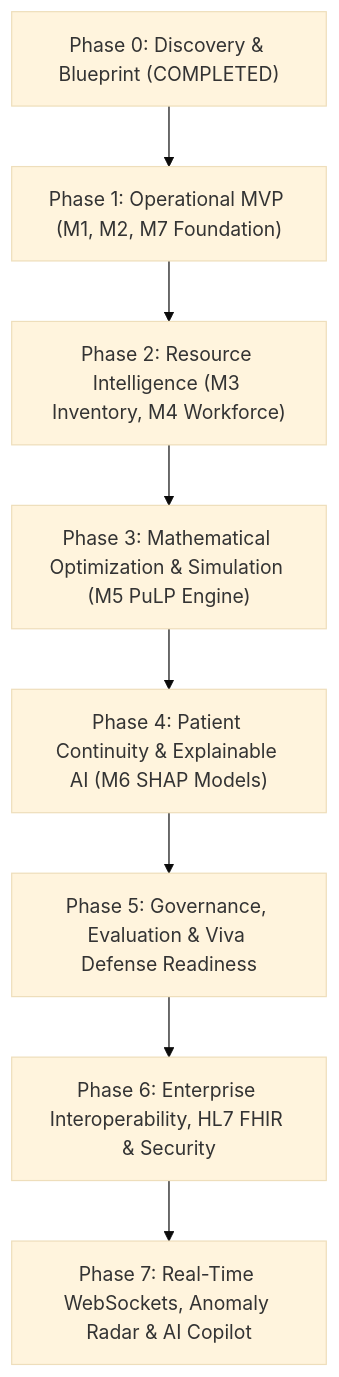
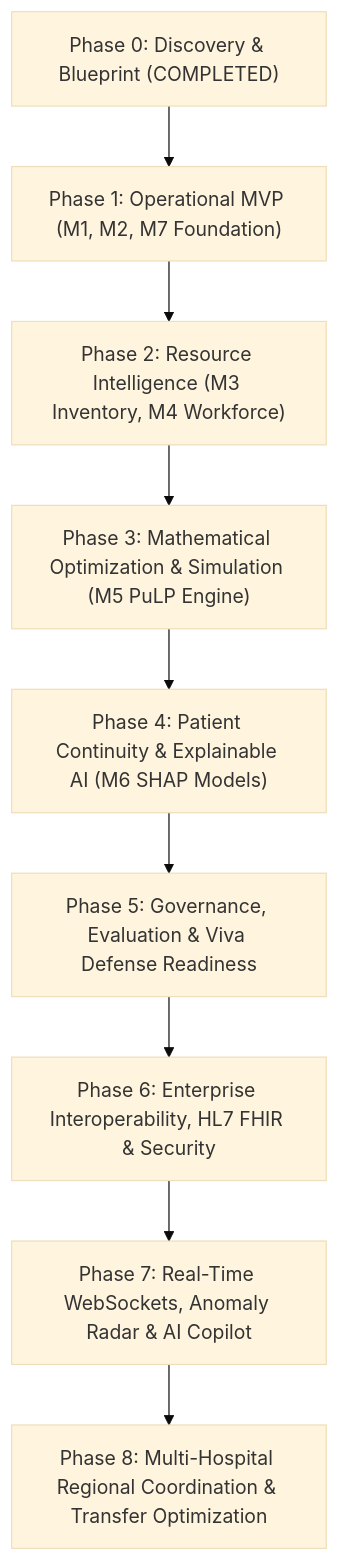
One commit to smithlivingstonofficial/MCA-ML changed the diagram in docs/IMPLEMENTATION_ROADMAP.md. Above: the diagram before and after it, drawn with Mermaid (base theme). The commit also changed other lines of this file and 11 other files, not shown here.

Commit message:
feat(phase8): implement multi-hospital regional coordination, transfer optimizer and emergency diversion network

````diff
--- a/docs/IMPLEMENTATION_ROADMAP.md
+++ b/docs/IMPLEMENTATION_ROADMAP.md
@@ -11,13 +11,14 @@
 ```mermaid
 flowchart TD
     P0["Phase 0: Discovery & Blueprint (COMPLETED)"]
     P1["Phase 1: Operational MVP (M1, M2, M7 Foundation)"]
     P2["Phase 2: Resource Intelligence (M3 Inventory, M4 Workforce)"]
     P3["Phase 3: Mathematical Optimization & Simulation (M5 PuLP Engine)"]
     P4["Phase 4: Patient Continuity & Explainable AI (M6 SHAP Models)"]
     P5["Phase 5: Governance, Evaluation & Viva Defense Readiness"]
     P6["Phase 6: Enterprise Interoperability, HL7 FHIR & Security"]
     P7["Phase 7: Real-Time WebSockets, Anomaly Radar & AI Copilot"]
+    P8["Phase 8: Multi-Hospital Regional Coordination & Transfer Optimization"]
 
-    P0 --> P1 --> P2 --> P3 --> P4 --> P5 --> P6 --> P7
+    P0 --> P1 --> P2 --> P3 --> P4 --> P5 --> P6 --> P7 --> P8
 ```
````
